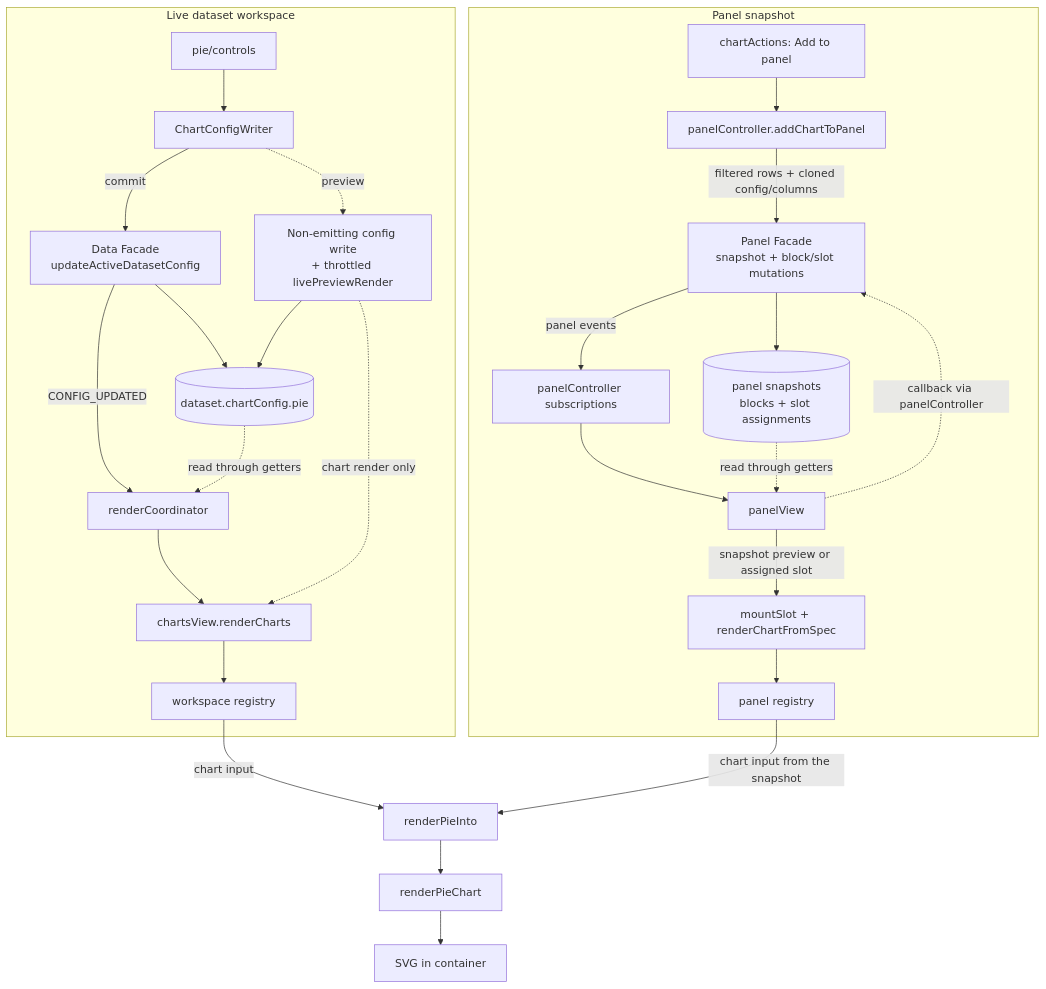
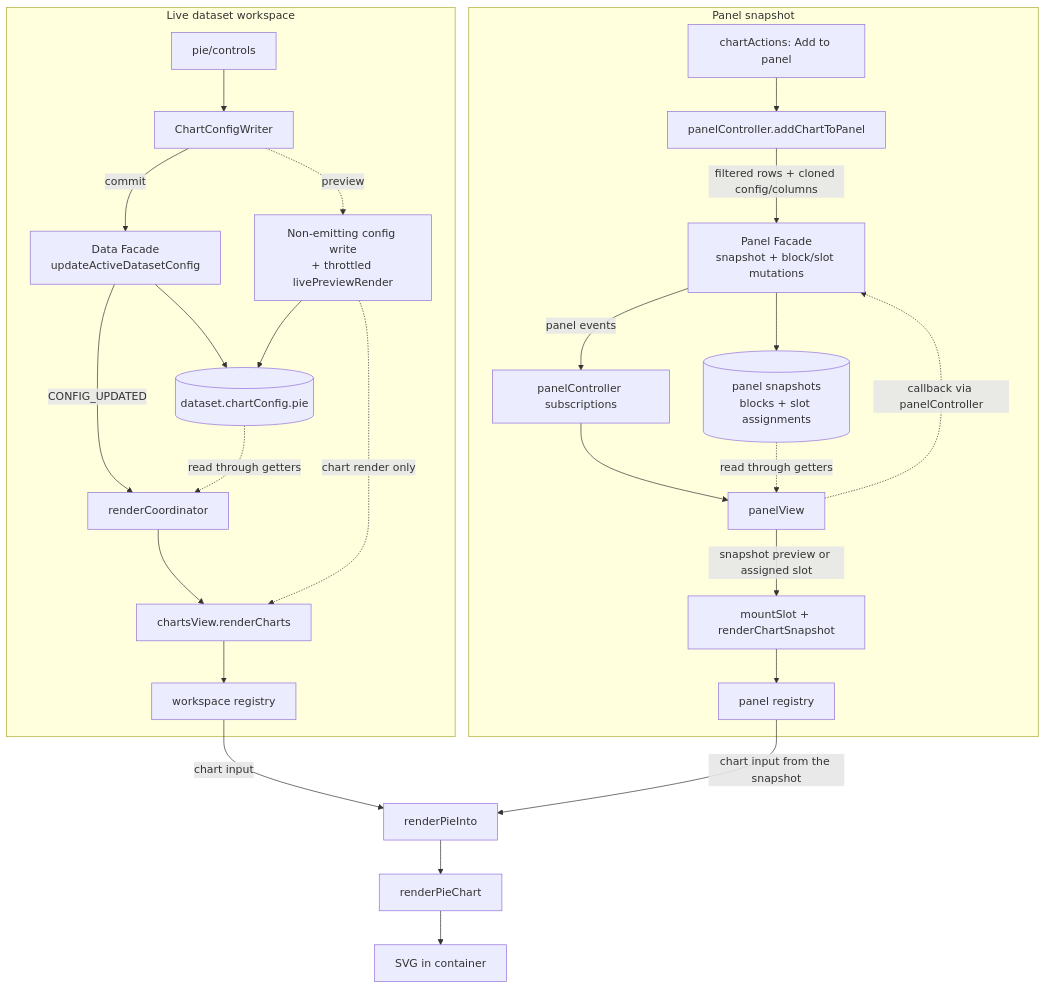
The diagram in docs/development/charts/pie.md (GabrielInada/CHIVE), drawn with Mermaid before and after one commit. The commit also changed other lines of this file and 31 other files, not shown here.

````diff
--- a/docs/development/charts/pie.md
+++ b/docs/development/charts/pie.md
@@ -106,32 +106,32 @@
 ```mermaid
 flowchart TB
     subgraph LIVE["Live dataset workspace"]
         CONTROLS["pie/controls"] --> WRITER["ChartConfigWriter"]
         WRITER -- commit --> DFACADE["Data Facade<br/>updateActiveDatasetConfig"]
         DFACADE --> DSTATE[("dataset.chartConfig.pie")]
         DFACADE -- CONFIG_UPDATED --> COORD["renderCoordinator"]
         DSTATE -. read through getters .-> COORD
         WRITER -. preview .-> PREVIEW["Non-emitting config write<br/>+ throttled livePreviewRender"]
         PREVIEW --> DSTATE
         COORD --> CHARTSVIEW["chartsView.renderCharts"]
         PREVIEW -. chart render only .-> CHARTSVIEW
         CHARTSVIEW --> WREG["workspace registry"]
     end
 
     subgraph SAVED["Panel snapshot"]
         ACTION["chartActions: Add to panel"] --> PCAPTURE["panelController.addChartToPanel"]
         PCAPTURE -- filtered rows + cloned config/columns --> PFACADE["Panel Facade<br/>snapshot + block/slot mutations"]
         PFACADE --> PSTATE[("panel snapshots<br/>blocks + slot assignments")]
         PFACADE -- panel events --> PSUB["panelController subscriptions"]
         PSUB --> PVIEW["panelView"]
         PSTATE -. read through getters .-> PVIEW
         PVIEW -. callback via panelController .-> PFACADE
-        PVIEW -- snapshot preview or assigned slot --> MOUNT["mountSlot + renderChartFromSpec"]
+        PVIEW -- snapshot preview or assigned slot --> MOUNT["mountSlot + renderChartSnapshot"]
         MOUNT --> PREG["panel registry"]
     end
 
     WREG -- chart input --> PRESENT["renderPieInto"]
     PREG -- chart input from the snapshot --> PRESENT
     PRESENT --> RENDERER["renderPieChart"]
     RENDERER --> OUTPUT["SVG in container"]
 ```
````
